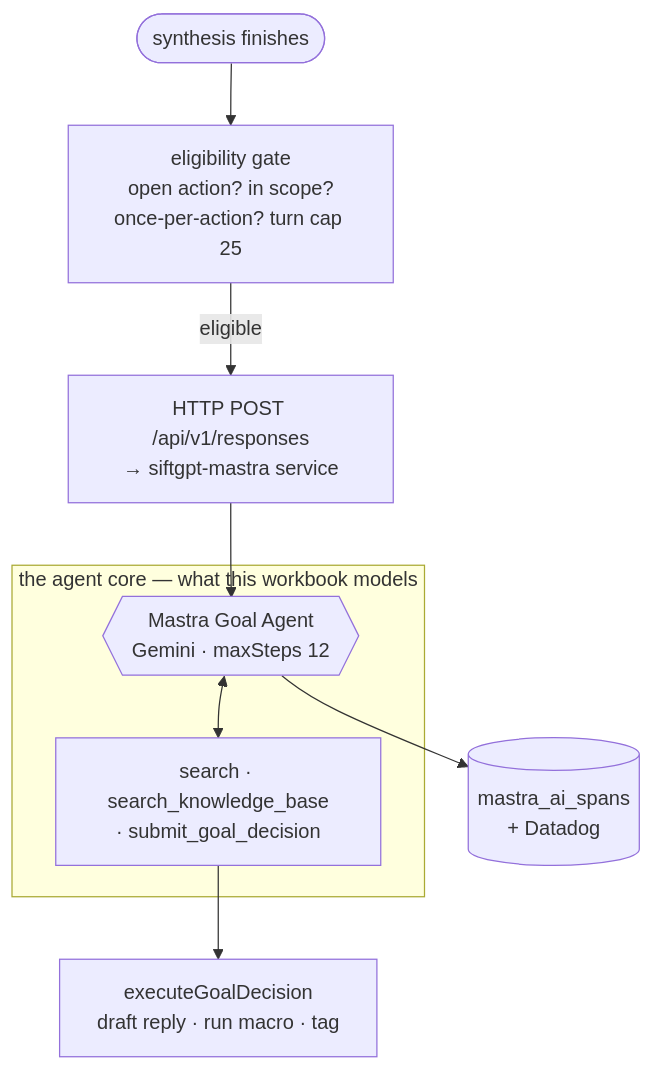
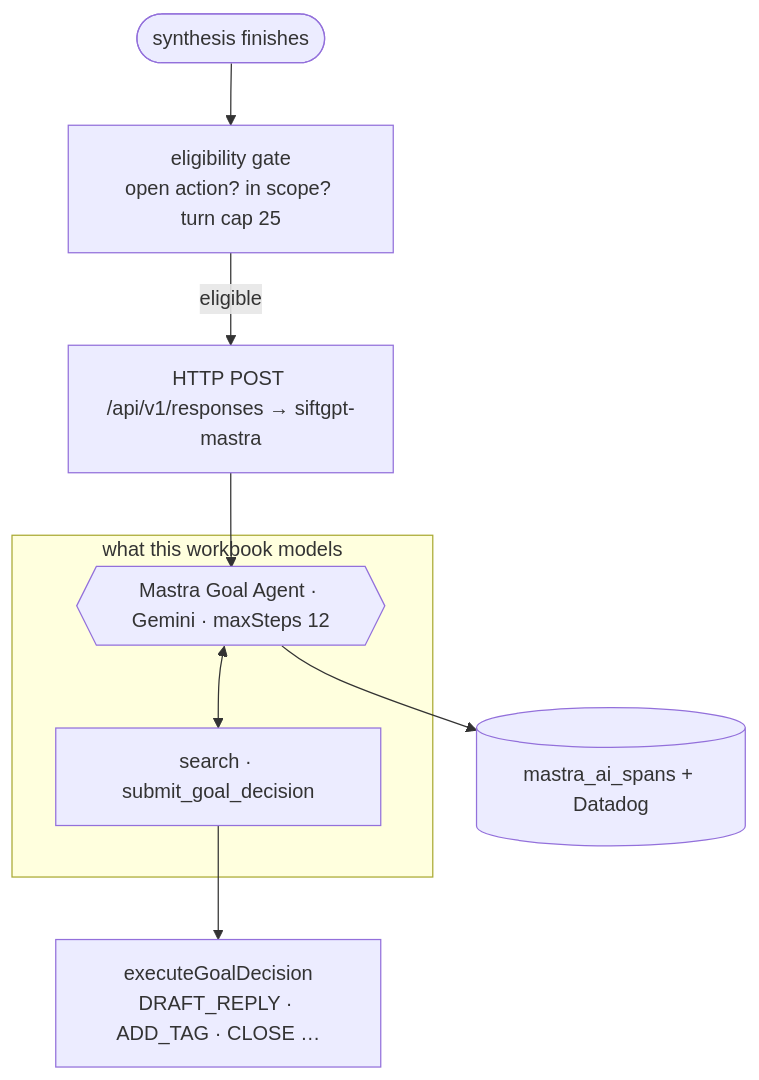
The third of 3 diagrams in README.md (Ayush2k02/goal-agent-workbook), drawn with Mermaid before and after one commit. The commit also changed other lines of this file and 10 other files, not shown here.

First line of the commit message:
Rebuild around real Sift shapes: two orgs, draft vs tag, frozen bench

````diff
--- a/README.md
+++ b/README.md
@@ -87,13 +131,13 @@
 ```mermaid
 flowchart TD
-  SYN([synthesis finishes]) --> TRIG[eligibility gate<br/>open action? in scope?<br/>once-per-action? turn cap 25]
-  TRIG -- eligible --> INV[HTTP POST /api/v1/responses<br/>→ siftgpt-mastra service]
-  subgraph CORE [the agent core — what this workbook models]
-    AG{{Mastra Goal Agent<br/>Gemini · maxSteps 12}}
-    TOOLS[search · search_knowledge_base<br/>· submit_goal_decision]
+  SYN([synthesis finishes]) --> TRIG[eligibility gate<br/>open action? in scope? turn cap 25]
+  TRIG -- eligible --> INV[HTTP POST /api/v1/responses → siftgpt-mastra]
+  subgraph CORE [what this workbook models]
+    AG{{Mastra Goal Agent · Gemini · maxSteps 12}}
+    TOOLS[search · submit_goal_decision]
     AG <--> TOOLS
   end
   INV --> AG
-  TOOLS --> ACT[executeGoalDecision<br/>draft reply · run macro · tag]
-  AG --> SPANS[(mastra_ai_spans<br/>+ Datadog)]
+  TOOLS --> ACT[executeGoalDecision<br/>DRAFT_REPLY · ADD_TAG · CLOSE …]
+  AG --> SPANS[(mastra_ai_spans + Datadog)]
 ```
````
